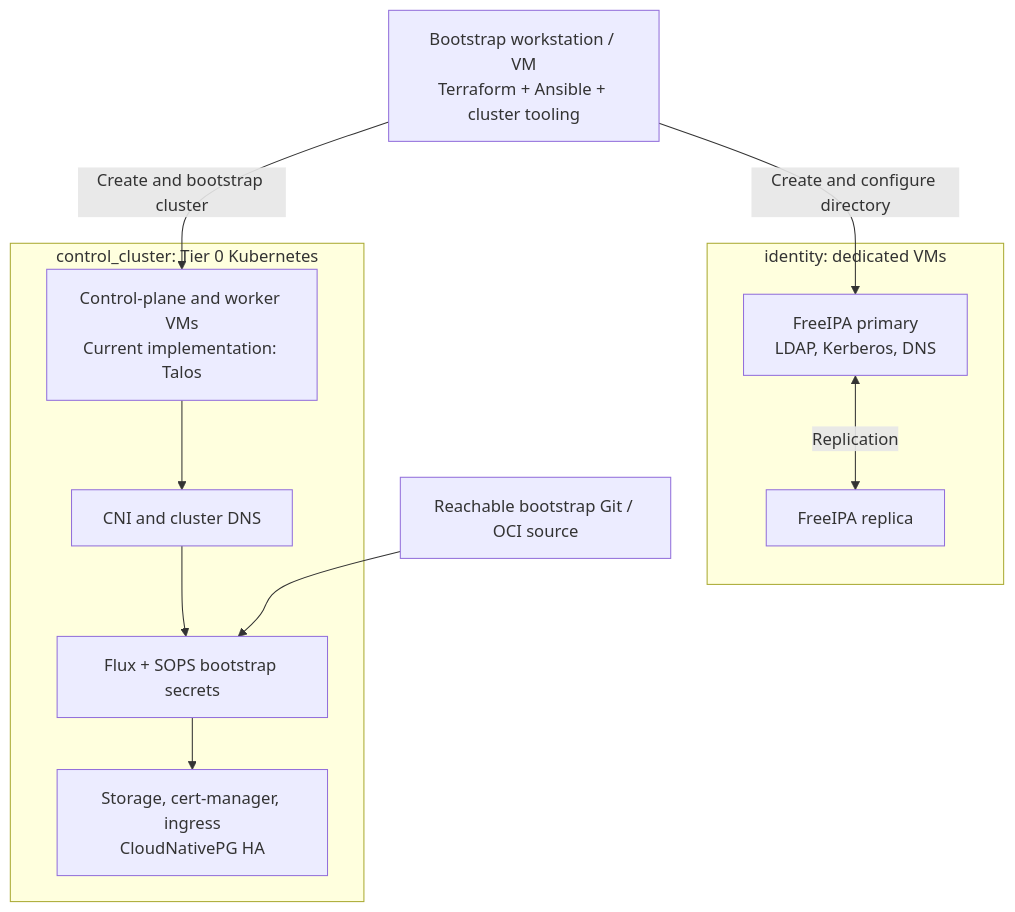
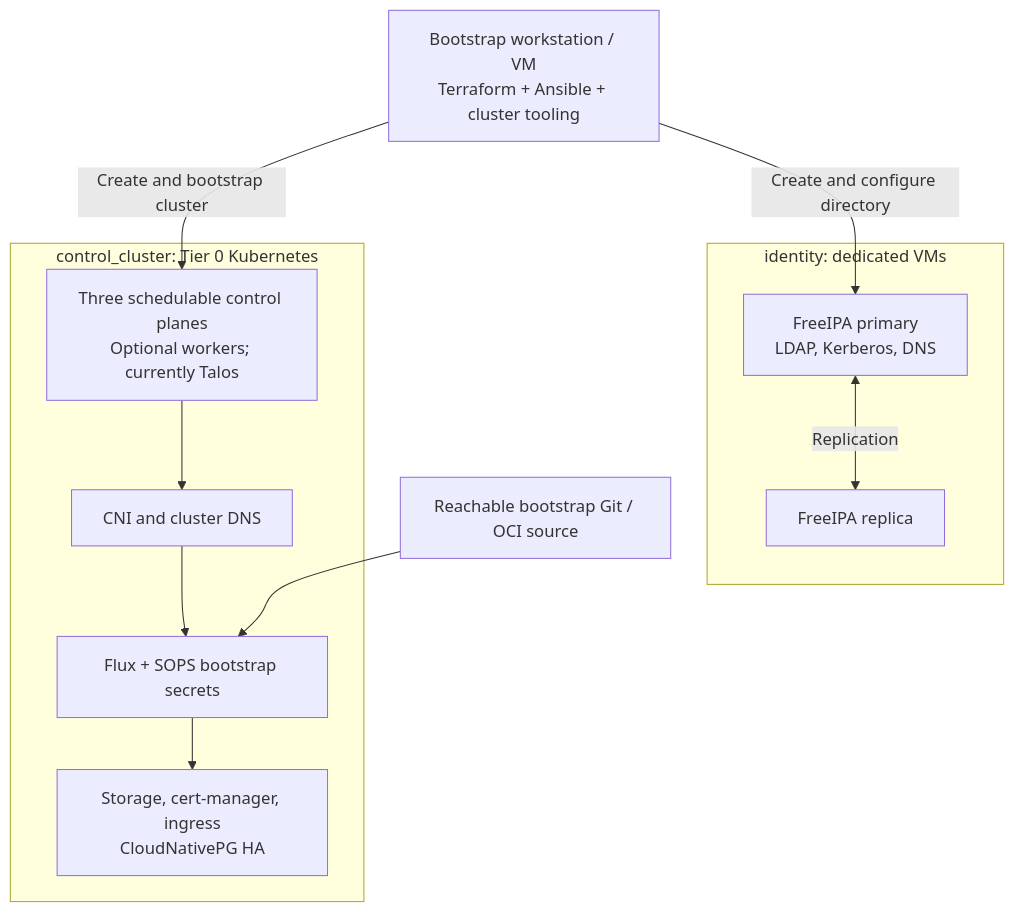
One commit to Rexus/homelab changed the diagram in docs/deployment/stage-3-identity-runtime/README.md. Above: the diagram before and after it, drawn with Mermaid. The commit also changed other lines of this file and 89 other files, not shown here.

Commit message:
feat(iac): add tier clusters and top-down architecture

````diff
--- a/docs/deployment/stage-3-identity-runtime/README.md
+++ b/docs/deployment/stage-3-identity-runtime/README.md
@@ -18,19 +18,19 @@
 ```mermaid
 flowchart TB
   Bootstrap["Bootstrap workstation / VM<br/>Terraform + Ansible + cluster tooling"]
   subgraph Identity["identity: dedicated VMs"]
     Primary["FreeIPA primary<br/>LDAP, Kerberos, DNS"]
     Replica["FreeIPA replica"]
     Primary <-->|Replication| Replica
   end
   subgraph Cluster["control_cluster: Tier 0 Kubernetes"]
-    Nodes["Control-plane and worker VMs<br/>Current implementation: Talos"]
+    Nodes["Three schedulable control planes<br/>Optional workers; currently Talos"]
     Network["CNI and cluster DNS"]
     Flux["Flux + SOPS bootstrap secrets"]
     Base["Storage, cert-manager, ingress<br/>CloudNativePG HA"]
     Nodes --> Network --> Flux --> Base
   end
   Bootstrap -->|Create and configure directory| Primary
   Bootstrap -->|Create and bootstrap cluster| Nodes
   Source["Reachable bootstrap Git / OCI source"] --> Flux
 ```
````
